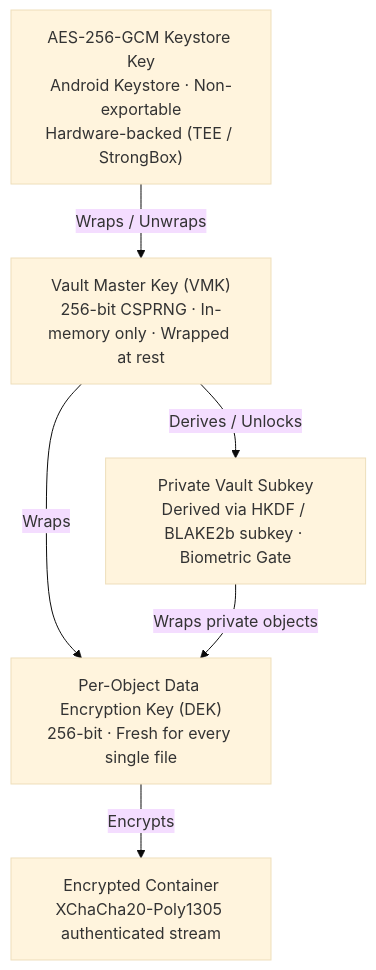
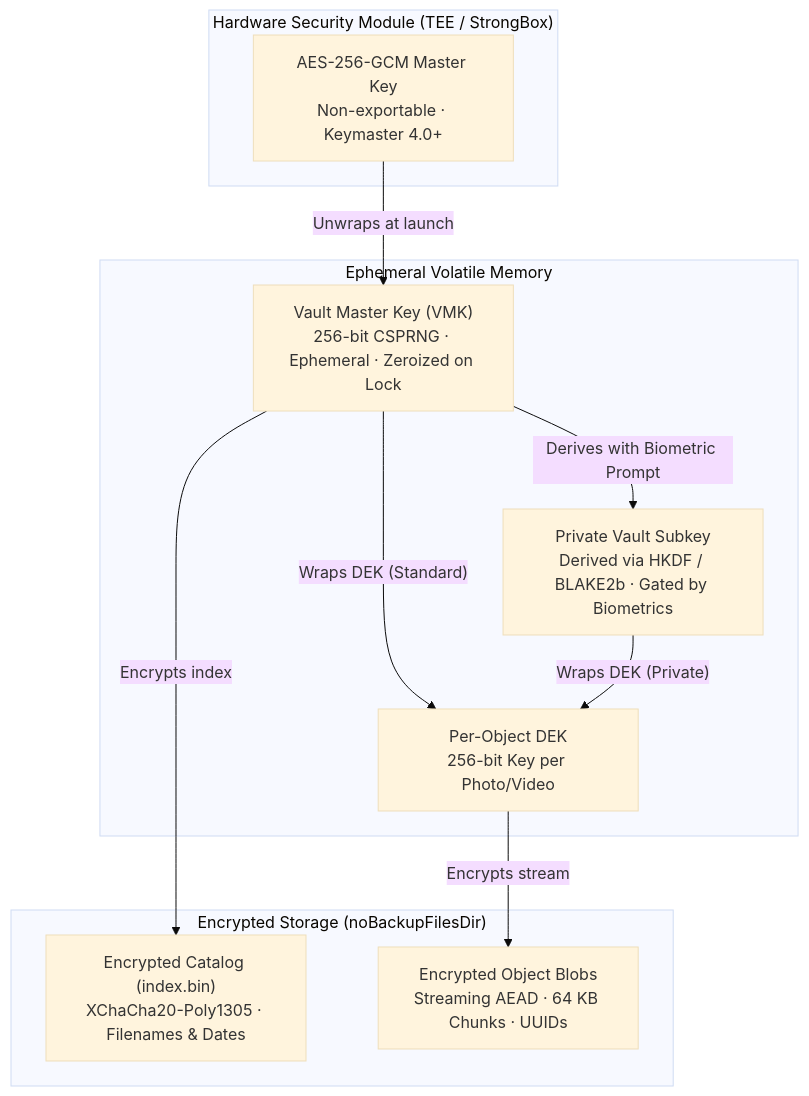
Before and after one commit to MZarc/Zarc: the diagram in README.md, drawn with Mermaid (base theme). The commit also changed other lines of this file and 207 other files, not shown here.

````diff
--- a/README.md
+++ b/README.md
@@ -87,14 +151,24 @@
 ```mermaid
 flowchart TD
-    KEK["AES-256-GCM Keystore Key<br/>Android Keystore · Non-exportable<br/>Hardware-backed (TEE / StrongBox)"]
-    VMK["Vault Master Key (VMK)<br/>256-bit CSPRNG · In-memory only · Wrapped at rest"]
-    PVK["Private Vault Subkey<br/>Derived via HKDF / BLAKE2b subkey · Biometric Gate"]
-    DEK["Per-Object Data Encryption Key (DEK)<br/>256-bit · Fresh for every single file"]
-    OBJ["Encrypted Container<br/>XChaCha20-Poly1305 authenticated stream"]
+    subgraph Hardware Keystore ["Hardware Security Module (TEE / StrongBox)"]
+        KEK["AES-256-GCM Master Key<br/>Non-exportable · Keymaster 4.0+"]
+    end
 
-    KEK -->|"Wraps / Unwraps"| VMK
-    VMK -->|"Derives / Unlocks"| PVK
-    VMK -->|"Wraps"| DEK
-    PVK -->|"Wraps private objects"| DEK
-    DEK -->|"Encrypts"| OBJ
+    subgraph Memory ["Ephemeral Volatile Memory"]
+        VMK["Vault Master Key (VMK)<br/>256-bit CSPRNG · Ephemeral · Zeroized on Lock"]
+        PVK["Private Vault Subkey<br/>Derived via HKDF / BLAKE2b · Gated by Biometrics"]
+        DEK["Per-Object DEK<br/>256-bit Key per Photo/Video"]
+    end
+
+    subgraph Storage ["Encrypted Storage (noBackupFilesDir)"]
+        INDEX["Encrypted Catalog (index.bin)<br/>XChaCha20-Poly1305 · Filenames & Dates"]
+        BLOB["Encrypted Object Blobs<br/>Streaming AEAD · 64 KB Chunks · UUIDs"]
+    end
+
+    KEK -->|"Unwraps at launch"| VMK
+    VMK -->|"Derives with Biometric Prompt"| PVK
+    VMK -->|"Encrypts index"| INDEX
+    VMK -->|"Wraps DEK (Standard)"| DEK
+    PVK -->|"Wraps DEK (Private)"| DEK
+    DEK -->|"Encrypts stream"| BLOB
 ```
````
